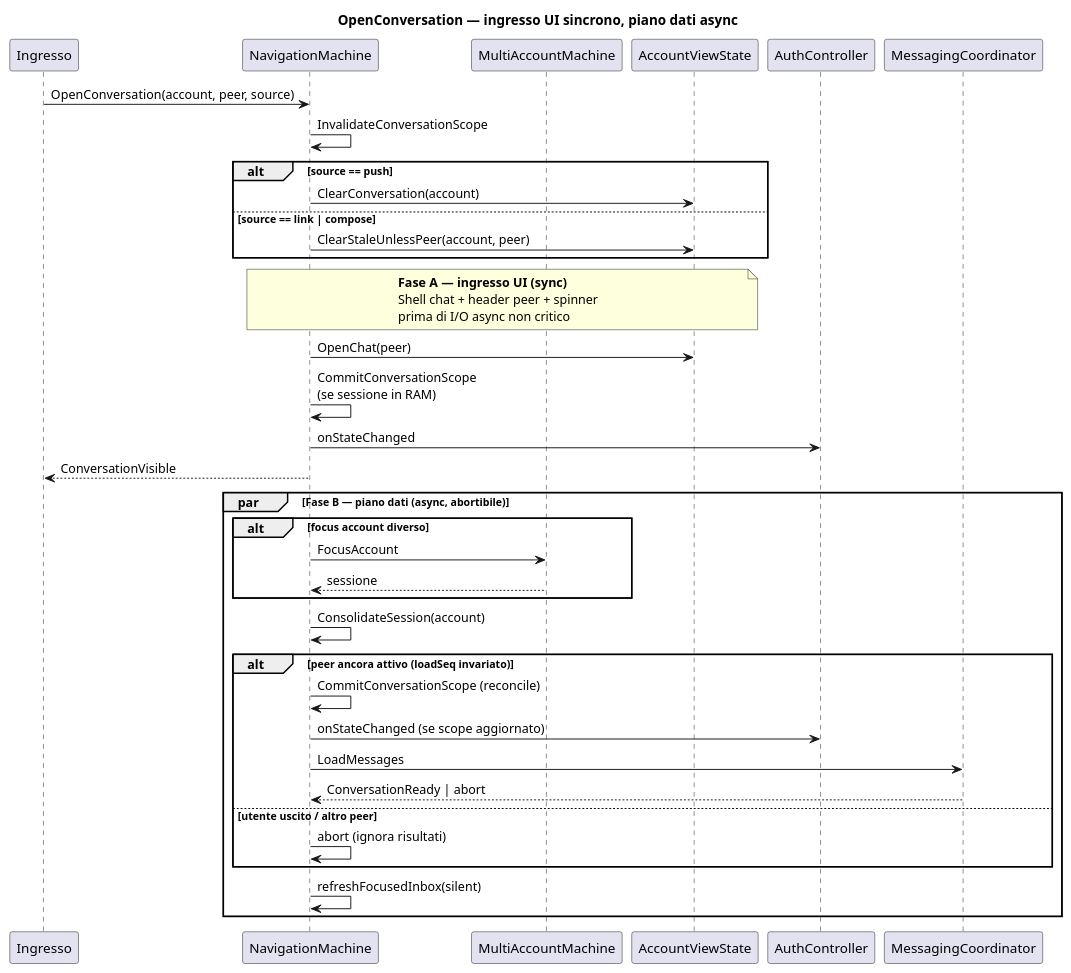
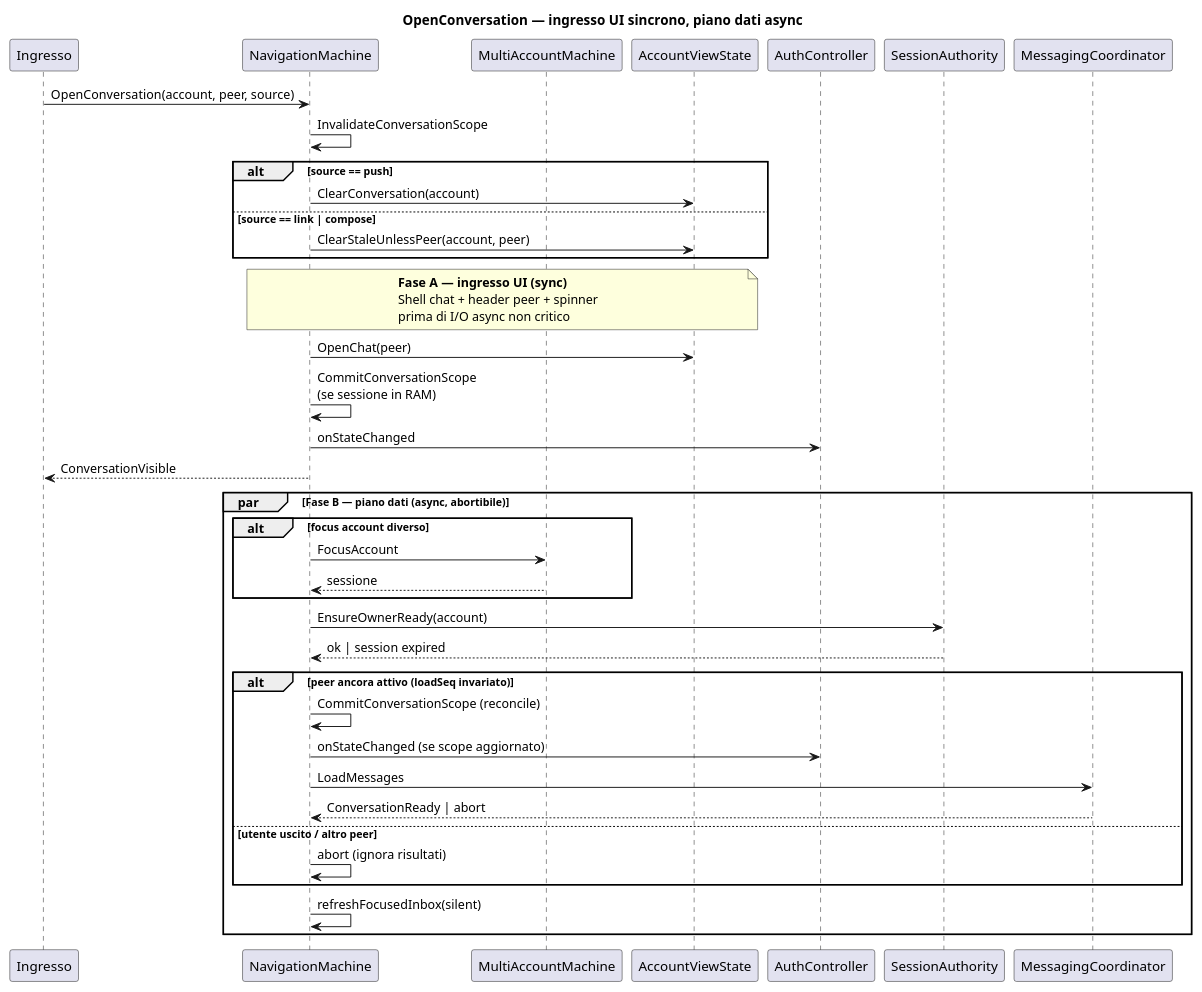
The diagram in docs/model/uml/navigation/seq-open-conversation-unified.puml (alfred-im/alfred-im), drawn with PlantUML before and after one commit. The commit also changed 15 other files, not shown here.

First line of the commit message:
docs: align SessionAuthority across domain, UML, and specs

```diff
--- a/docs/model/uml/navigation/seq-open-conversation-unified.puml
+++ b/docs/model/uml/navigation/seq-open-conversation-unified.puml
@@ -1,51 +1,53 @@
 @startuml seq-open-conversation-unified
 ' Context: navigation
 ' Profile: client
 ' Revision: 2026-08-01
 
 title OpenConversation — ingresso UI sincrono, piano dati async
 
 participant "Ingresso" as In
 participant "NavigationMachine" as Nav
 participant "MultiAccountMachine" as MAM
 participant "AccountViewState" as VS
 participant "AuthController" as Auth
+participant "SessionAuthority" as SA
 participant "MessagingCoordinator" as Msg
 
 In -> Nav : OpenConversation(account, peer, source)
 Nav -> Nav : InvalidateConversationScope
 alt source == push
   Nav -> VS : ClearConversation(account)
 else source == link | compose
   Nav -> VS : ClearStaleUnlessPeer(account, peer)
 end
 
 note over Nav, VS
   **Fase A — ingresso UI (sync)**
   Shell chat + header peer + spinner
   prima di I/O async non critico
 end note
 
 Nav -> VS : OpenChat(peer)
 Nav -> Nav : CommitConversationScope\n(se sessione in RAM)
 Nav -> Auth : onStateChanged
 Nav --> In : ConversationVisible
 
 par Fase B — piano dati (async, abortibile)
   alt focus account diverso
     Nav -> MAM : FocusAccount
     MAM --> Nav : sessione
   end
-  Nav -> Nav : ConsolidateSession(account)
+  Nav -> SA : EnsureOwnerReady(account)
+  SA --> Nav : ok | session expired
   alt peer ancora attivo (loadSeq invariato)
     Nav -> Nav : CommitConversationScope (reconcile)
     Nav -> Auth : onStateChanged (se scope aggiornato)
     Nav -> Msg : LoadMessages
     Msg --> Nav : ConversationReady | abort
   else utente uscito / altro peer
     Nav -> Nav : abort (ignora risultati)
   end
   Nav -> Nav : refreshFocusedInbox(silent)
 end
 
 @enduml
```
